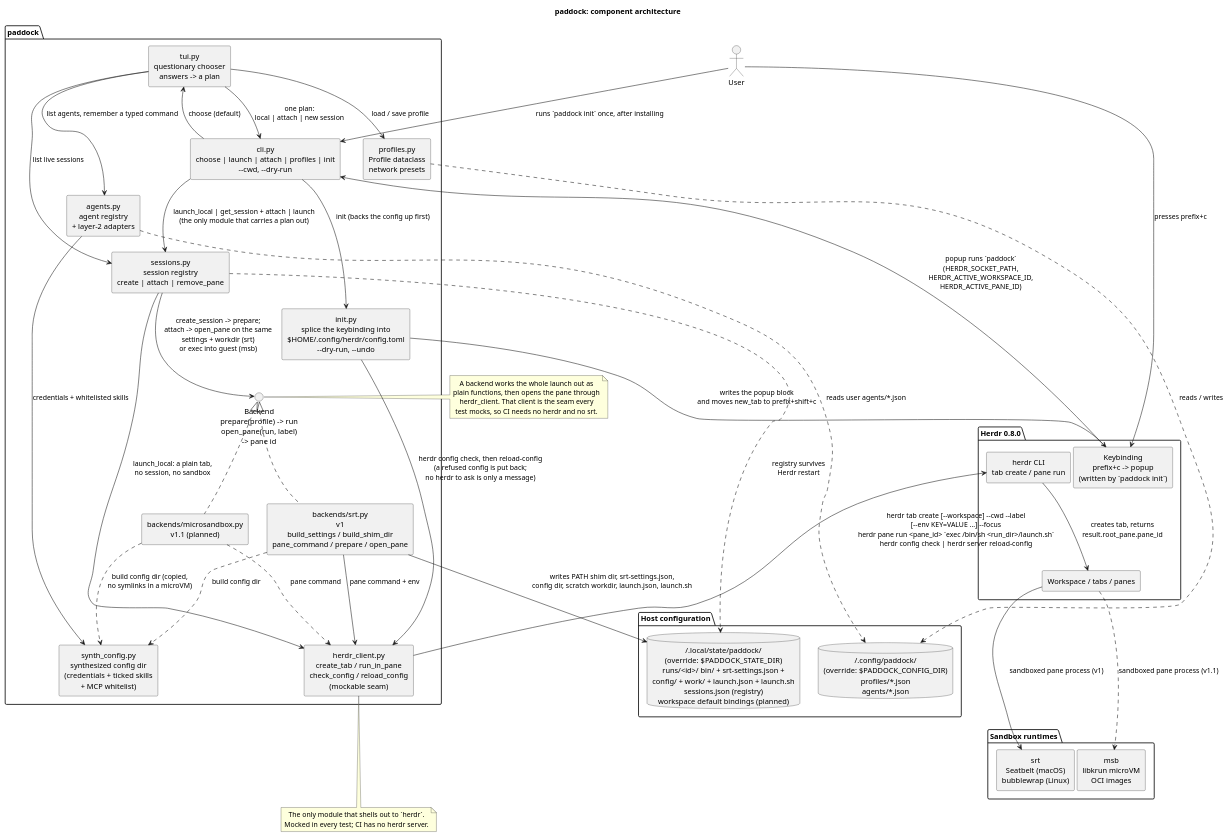
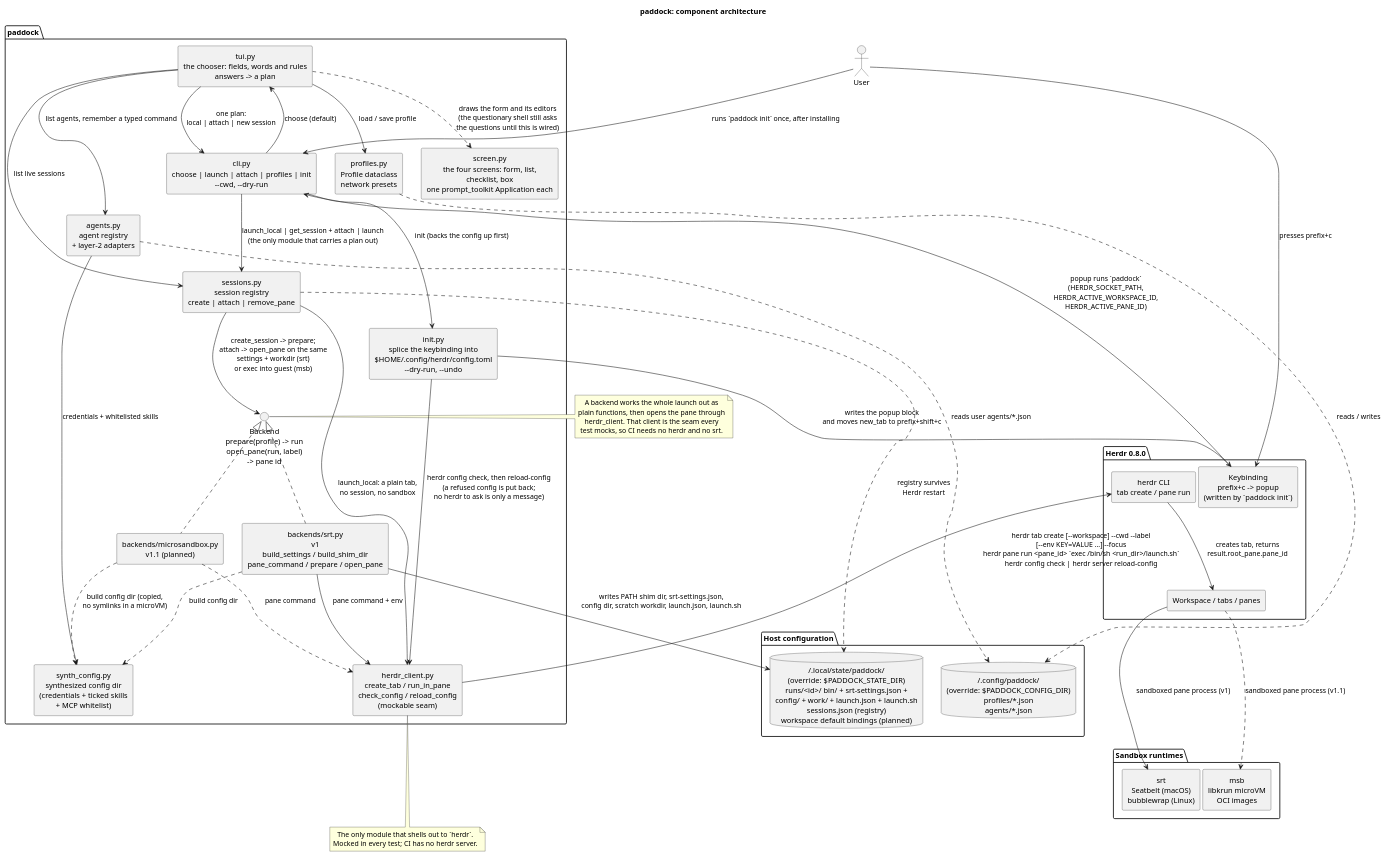
The diagram in docs/diagrams/architecture.puml (paddock-sh/paddock), drawn with PlantUML before and after one commit. The commit also changed 4 other files, not shown here.

```diff
--- a/docs/diagrams/architecture.puml
+++ b/docs/diagrams/architecture.puml
@@ -1,85 +1,87 @@
 @startuml architecture
 title paddock: component architecture
 
 skinparam componentStyle rectangle
 skinparam shadowing false
 skinparam defaultTextAlignment center
 
 actor User
 
 package "Herdr 0.8.0" {
   [Keybinding\nprefix+c -> popup\n(written by `paddock init`)] as Keybinding
   [herdr CLI\ntab create / pane run] as HerdrCLI
   [Workspace / tabs / panes] as HerdrUI
 }
 
 package "paddock" {
   [cli.py\nchoose | launch | attach | profiles | init\n~--cwd, ~--dry-run] as CLI
   [init.py\nsplice the keybinding into\n$HOME/.config/herdr/config.toml\n~--dry-run, ~--undo] as Init
-  [tui.py\nquestionary chooser\nanswers -> a plan] as TUI
+  [tui.py\nthe chooser: fields, words and rules\nanswers -> a plan] as TUI
+  [screen.py\nthe four screens: form, list,\nchecklist, box\none prompt_toolkit Application each] as Screen
   [sessions.py\nsession registry\ncreate | attach | remove_pane] as Sessions
   [profiles.py\nProfile dataclass\nnetwork presets] as Profiles
   [agents.py\nagent registry\n+ layer-2 adapters] as Agents
   [synth_config.py\nsynthesized config dir\n(credentials + ticked skills\n+ MCP whitelist)] as SynthConfig
   interface "Backend\nprepare(profile) -> run\nopen_pane(run, label)\n-> pane id" as BackendAPI
   [backends/srt.py\nv1\nbuild_settings / build_shim_dir\npane_command / prepare / open_pane] as SrtBackend
   [backends/microsandbox.py\nv1.1 (planned)] as MsbBackend
   [herdr_client.py\ncreate_tab / run_in_pane\ncheck_config / reload_config\n(mockable seam)] as HerdrClient
 }
 
 package "Host configuration" {
   database "~/.config/paddock/\n(override: $PADDOCK_CONFIG_DIR)\nprofiles/*.json\nagents/*.json" as ConfigFiles
   database "~/.local/state/paddock/\n(override: $PADDOCK_STATE_DIR)\nruns/<id>/ bin/ + srt-settings.json +\nconfig/ + work/ + launch.json + launch.sh\nsessions.json (registry)\nworkspace default bindings (planned)" as RunDir
 }
 
 package "Sandbox runtimes" {
   [srt\nSeatbelt (macOS)\nbubblewrap (Linux)] as Srt
   [msb\nlibkrun microVM\nOCI images] as Msb
 }
 
 User --> CLI : runs `paddock init` once, after installing
 CLI --> Init : init (backs the config up first)
 Init --> Keybinding : writes the popup block\nand moves new_tab to prefix+shift+c
 Init --> HerdrClient : herdr config check, then reload-config\n(a refused config is put back;\nno herdr to ask is only a message)
 User --> Keybinding : presses prefix+c
 Keybinding --> CLI : popup runs `paddock`\n(HERDR_SOCKET_PATH,\nHERDR_ACTIVE_WORKSPACE_ID,\nHERDR_ACTIVE_PANE_ID)
 CLI --> TUI : choose (default)
 TUI --> CLI : one plan:\nlocal | attach | new session
+TUI ..> Screen : draws the form and its editors\n(the questionary shell still asks\nthe questions until this is wired)
 TUI --> Profiles : load / save profile
 TUI --> Agents : list agents, remember a typed command
 TUI --> Sessions : list live sessions
 Sessions ..> RunDir : registry survives\nHerdr restart
 Profiles ..> ConfigFiles : reads / writes
 Agents ..> ConfigFiles : reads user agents/*.json
 
 CLI --> Sessions : launch_local | get_session + attach | launch\n(the only module that carries a plan out)
 BackendAPI <|.. SrtBackend
 BackendAPI <|.. MsbBackend
 
 SrtBackend --> RunDir : writes PATH shim dir, srt-settings.json,\nconfig dir, scratch workdir, launch.json, launch.sh
 Sessions --> BackendAPI : create_session -> prepare;\nattach -> open_pane on the same\nsettings + workdir (srt)\nor exec into guest (msb)
 Sessions --> HerdrClient : launch_local: a plain tab,\nno session, no sandbox
 SrtBackend ..> SynthConfig : build config dir
 MsbBackend ..> SynthConfig : build config dir (copied,\nno symlinks in a microVM)
 Agents --> SynthConfig : credentials + whitelisted skills
 
 SrtBackend --> HerdrClient : pane command + env
 MsbBackend ..> HerdrClient : pane command
 HerdrClient --> HerdrCLI : herdr tab create [~--workspace] ~--cwd ~--label\n[~--env KEY=VALUE ...] ~--focus\nherdr pane run <pane_id> `exec /bin/sh <run_dir>/launch.sh`\nherdr config check | herdr server reload-config
 HerdrCLI --> HerdrUI : creates tab, returns\nresult.root_pane.pane_id
 HerdrUI --> Srt : sandboxed pane process (v1)
 HerdrUI ..> Msb : sandboxed pane process (v1.1)
 
 note right of BackendAPI
   A backend works the whole launch out as
   plain functions, then opens the pane through
   herdr_client. That client is the seam every
   test mocks, so CI needs no herdr and no srt.
 end note
 
 note bottom of HerdrClient
   The only module that shells out to `herdr`.
   Mocked in every test; CI has no herdr server.
 end note
 
 @enduml
```
